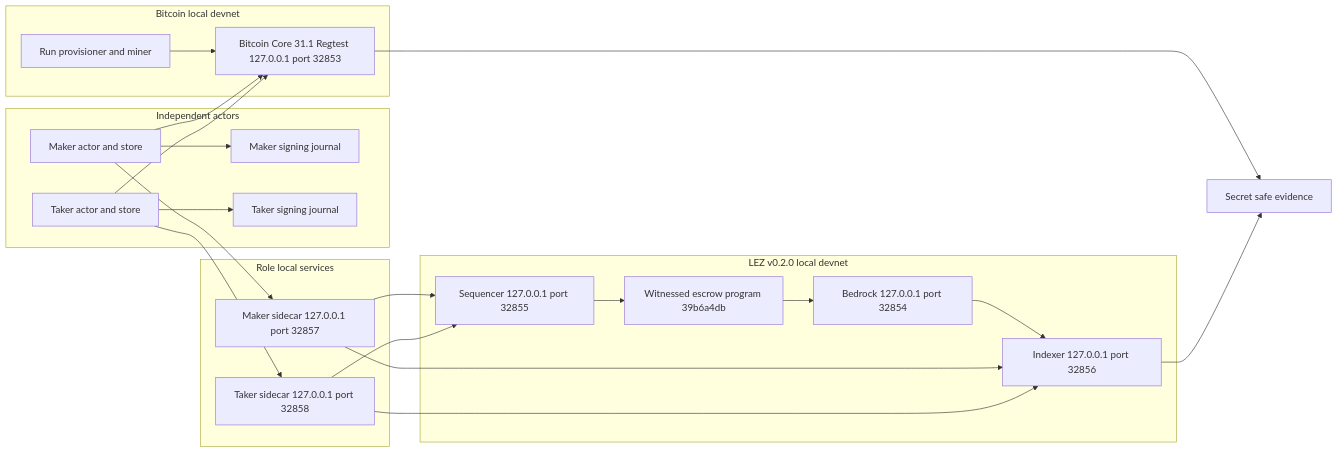
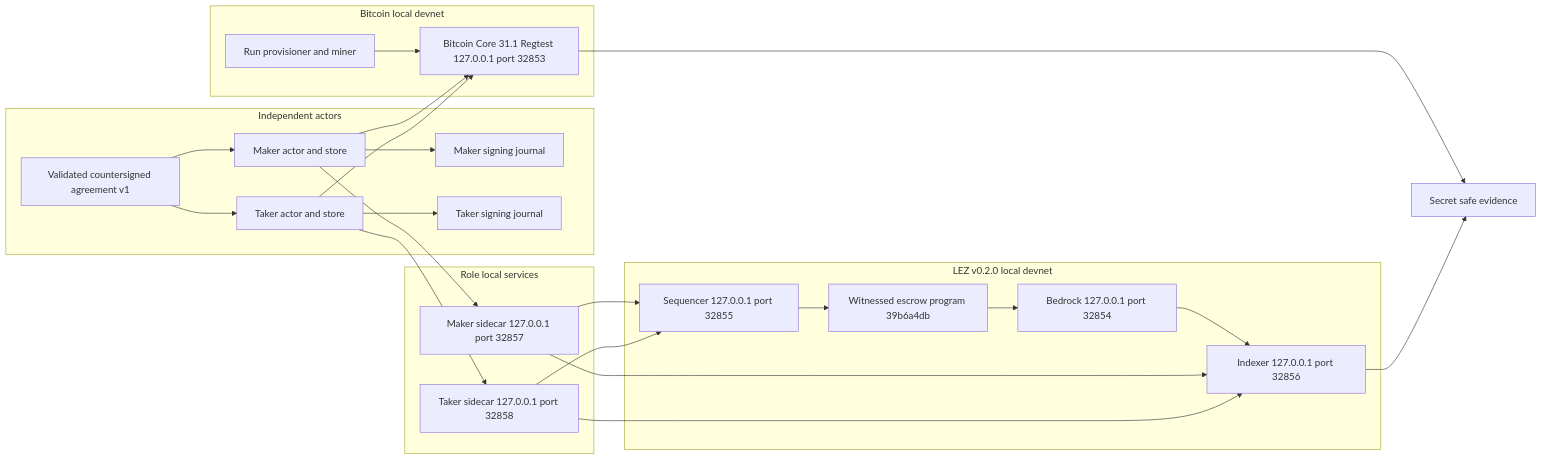
Before and after one commit to gateway-fm/lez-atomic-swaps: the first of 4 diagrams in docs/architecture/0029-m3-bitcoin-local-poc-entry.md, drawn with Mermaid. The commit also changed other lines of this file and 10 other files, not shown here.

````diff
--- a/docs/architecture/0029-m3-bitcoin-local-poc-entry.md
+++ b/docs/architecture/0029-m3-bitcoin-local-poc-entry.md
@@ -40,43 +41,46 @@
 ```mermaid
 flowchart LR
     subgraph Actors["Independent actors"]
+        Agreement["Validated countersigned agreement v1"]
         Maker["Maker actor and store"]
         Taker["Taker actor and store"]
         MakerSigner["Maker signing journal"]
         TakerSigner["Taker signing journal"]
         Maker --> MakerSigner
         Taker --> TakerSigner
+        Agreement --> Maker
+        Agreement --> Taker
     end
 
     subgraph RoleServices["Role local services"]
         MakerSidecar["Maker sidecar 127.0.0.1 port 32857"]
         TakerSidecar["Taker sidecar 127.0.0.1 port 32858"]
     end
 
     subgraph Bitcoin["Bitcoin local devnet"]
         Core["Bitcoin Core 31.1 Regtest 127.0.0.1 port 32853"]
         Miner["Run provisioner and miner"]
     end
 
     subgraph Lez["LEZ v0.2.0 local devnet"]
         Sequencer["Sequencer 127.0.0.1 port 32855"]
         Indexer["Indexer 127.0.0.1 port 32856"]
         Bedrock["Bedrock 127.0.0.1 port 32854"]
         Guest["Witnessed escrow program 39b6a4db"]
         Sequencer --> Guest
         Guest --> Bedrock
         Bedrock --> Indexer
     end
 
     Maker --> MakerSidecar
     Taker --> TakerSidecar
     MakerSidecar --> Sequencer
     MakerSidecar --> Indexer
     TakerSidecar --> Sequencer
     TakerSidecar --> Indexer
     Maker --> Core
     Taker --> Core
     Miner --> Core
     Core --> Evidence["Secret safe evidence"]
     Indexer --> Evidence
 ```
````
